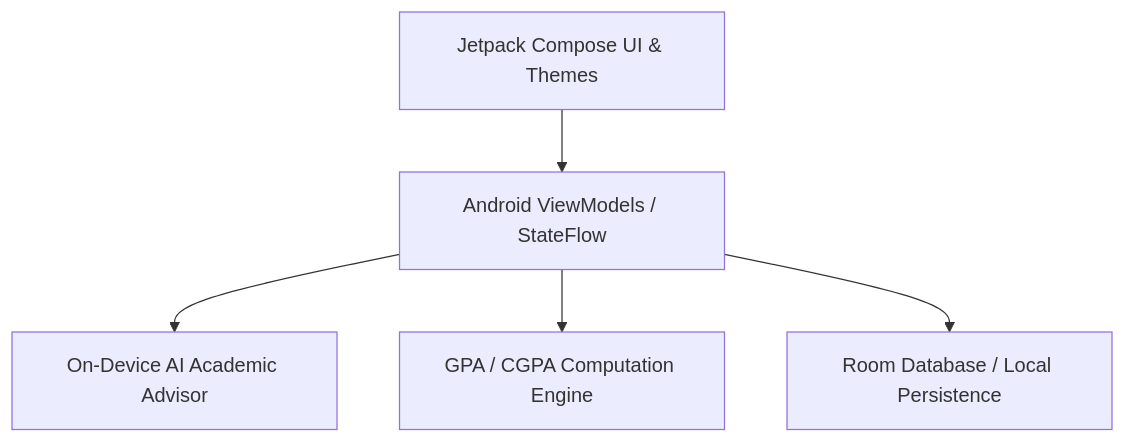
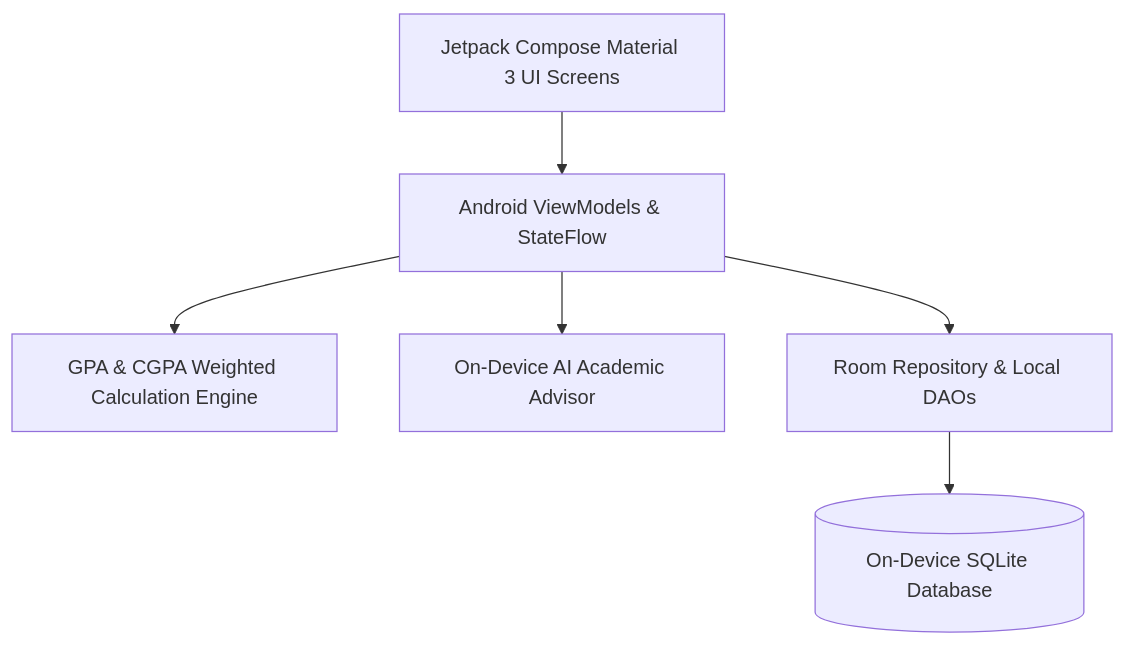
One commit to abdussatarkhan/student-toolkit changed the diagram in README.md. Above: the diagram before and after it, drawn with Mermaid. The commit also changed other lines of this file, not shown here.

Commit message:
docs(readme): rewrite documentation for software engineering & desktop systems architecture

````diff
--- a/README.md
+++ b/README.md
@@ -22,7 +23,8 @@
 ```mermaid
 graph TD
-    Compose[Jetpack Compose UI & Themes] --> VM[Android ViewModels / StateFlow]
-    VM --> AI[On-Device AI Academic Advisor]
-    VM --> Calc[GPA / CGPA Computation Engine]
-    VM --> Room[Room Database / Local Persistence]
+    ComposeUI[Jetpack Compose Material 3 UI Screens] --> ViewModel[Android ViewModels & StateFlow]
+    ViewModel --> GPAService[GPA & CGPA Weighted Calculation Engine]
+    ViewModel --> AIAssistant[On-Device AI Academic Advisor]
+    ViewModel --> RoomRepo[Room Repository & Local DAOs]
+    RoomRepo --> SQLiteDB[(On-Device SQLite Database)]
 ```
````
